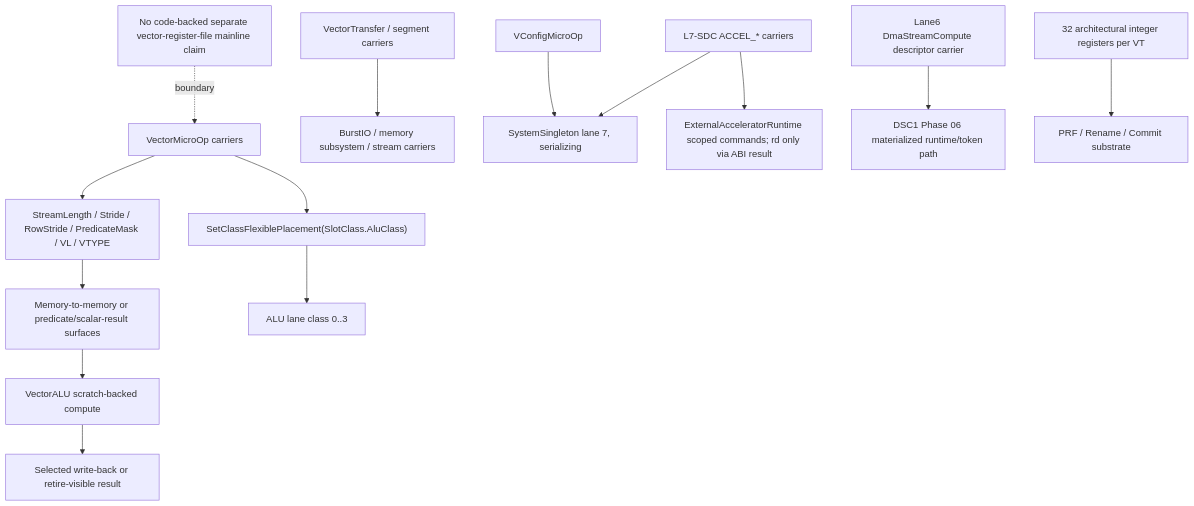
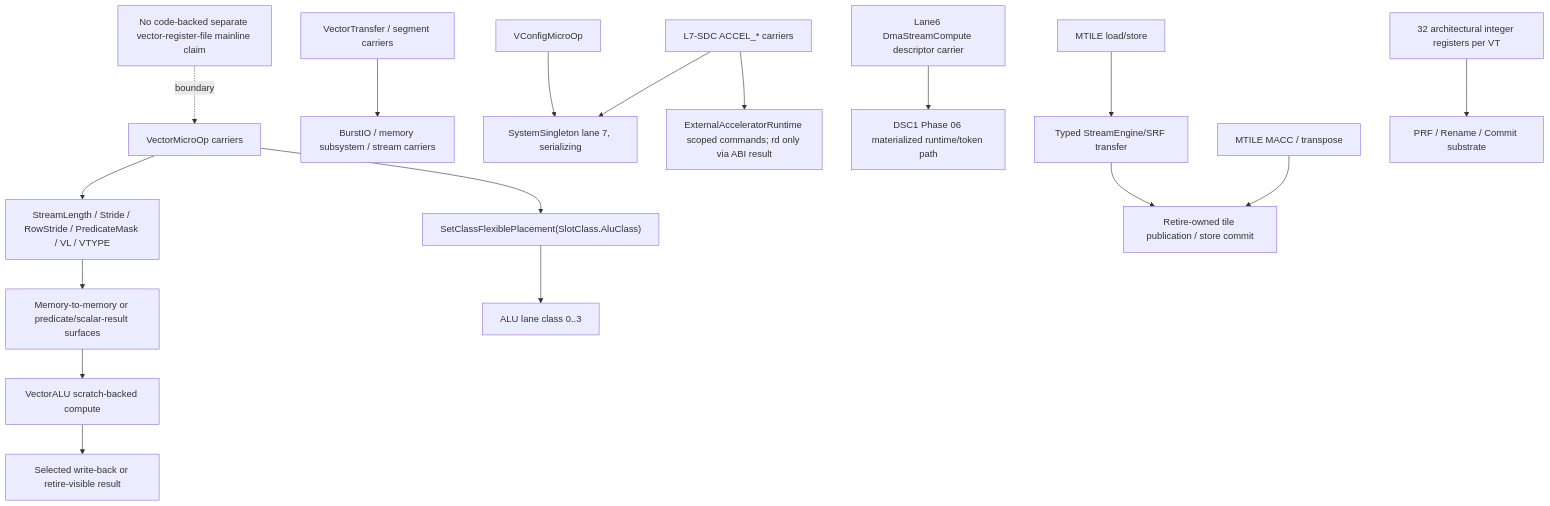
The second of 15 diagrams in README.md (yuriyyak23/HybridCPU-v2), drawn with Mermaid before and after one commit. The commit also changed other lines of this file and 315 other files, not shown here.

````diff
--- a/README.md
+++ b/README.md
@@ -256,16 +285,19 @@
 ```mermaid
 flowchart TB
     V["VectorMicroOp carriers"] --> POLICY["StreamLength / Stride / RowStride / PredicateMask / VL / VTYPE"]
     POLICY --> MEM["Memory-to-memory or predicate/scalar-result surfaces"]
     MEM --> VALU["VectorALU scratch-backed compute"]
     VALU --> PUB["Selected write-back or retire-visible result"]
     V --> PLACE["SetClassFlexiblePlacement(SlotClass.AluClass)"]
     PLACE --> LANES["ALU lane class 0..3"]
     TRANS["VectorTransfer / segment carriers"] --> STREAM["BurstIO / memory subsystem / stream carriers"]
     CFG["VConfigMicroOp"] --> SYS["SystemSingleton lane 7, serializing"]
     L7SDC["L7-SDC ACCEL_* carriers"] --> SYS
     L7SDC --> L7RUN["ExternalAcceleratorRuntime scoped commands; rd only via ABI result"]
     DSC["Lane6 DmaStreamCompute descriptor carrier"] --> DSCRUN["DSC1 Phase 06 materialized runtime/token path"]
+    MTMEM["MTILE load/store"] --> MTTRANS["Typed StreamEngine/SRF transfer"]
+    MTTRANS --> MTRET["Retire-owned tile publication / store commit"]
+    MTCOMP["MTILE MACC / transpose"] --> MTRET
     GPR["32 architectural integer registers per VT"] --> BACK["PRF / Rename / Commit substrate"]
     NOVRF["No code-backed separate vector-register-file mainline claim"] -. boundary .-> V
 ```
````
